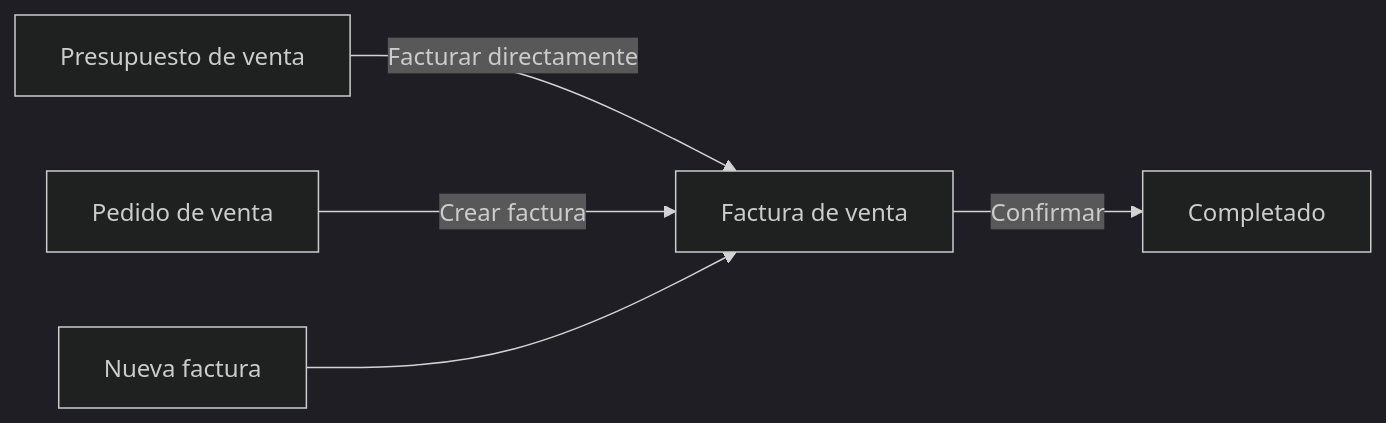
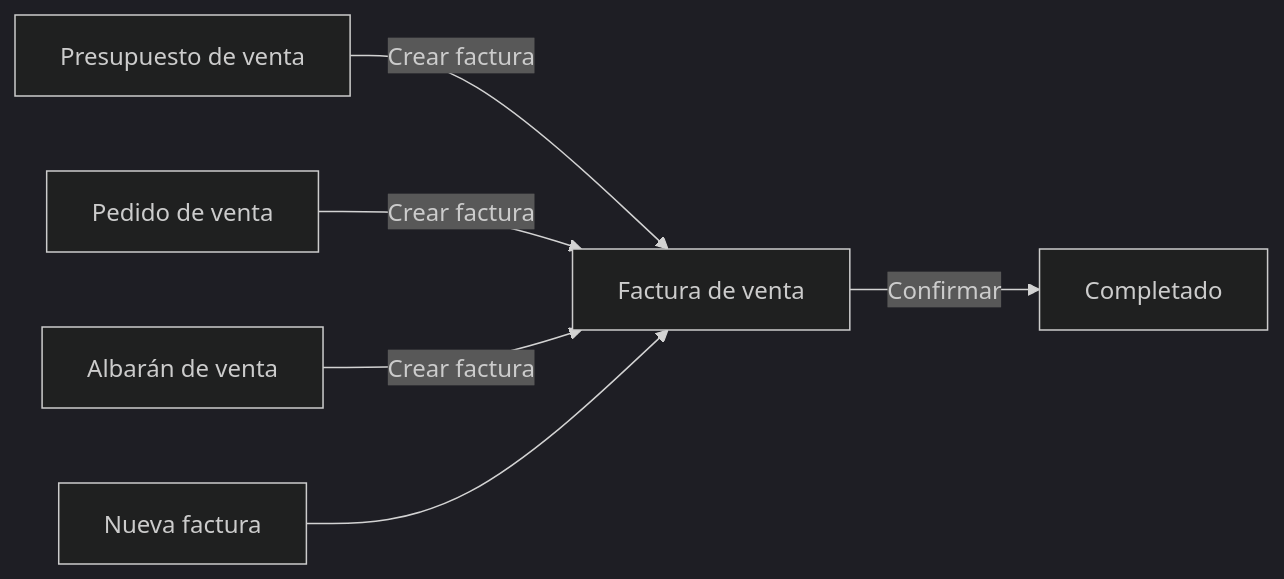
One commit to etendosoftware/etendo-go-docs changed the diagram in docs/es/comercial/ventas/crear-una-factura-de-venta/crear-una-factura-de-venta.md. Above: the diagram before and after it, drawn with Mermaid (dark theme). The commit also changed other lines of this file and 21 other files, not shown here.

````diff
--- a/docs/es/comercial/ventas/crear-una-factura-de-venta/crear-una-factura-de-venta.md
+++ b/docs/es/comercial/ventas/crear-una-factura-de-venta/crear-una-factura-de-venta.md
@@ -18,7 +18,8 @@
 ```mermaid
 flowchart LR
-  A[Presupuesto de venta] -->|Facturar directamente| B[Factura de venta]
+  A[Presupuesto de venta] -->|Crear factura| B[Factura de venta]
   C[Pedido de venta] -->|Crear factura| B
+  F[Albarán de venta] -->|Crear factura| B
   D[Nueva factura] --> B
   B -->|Confirmar| E[Completado]
 ```
````
